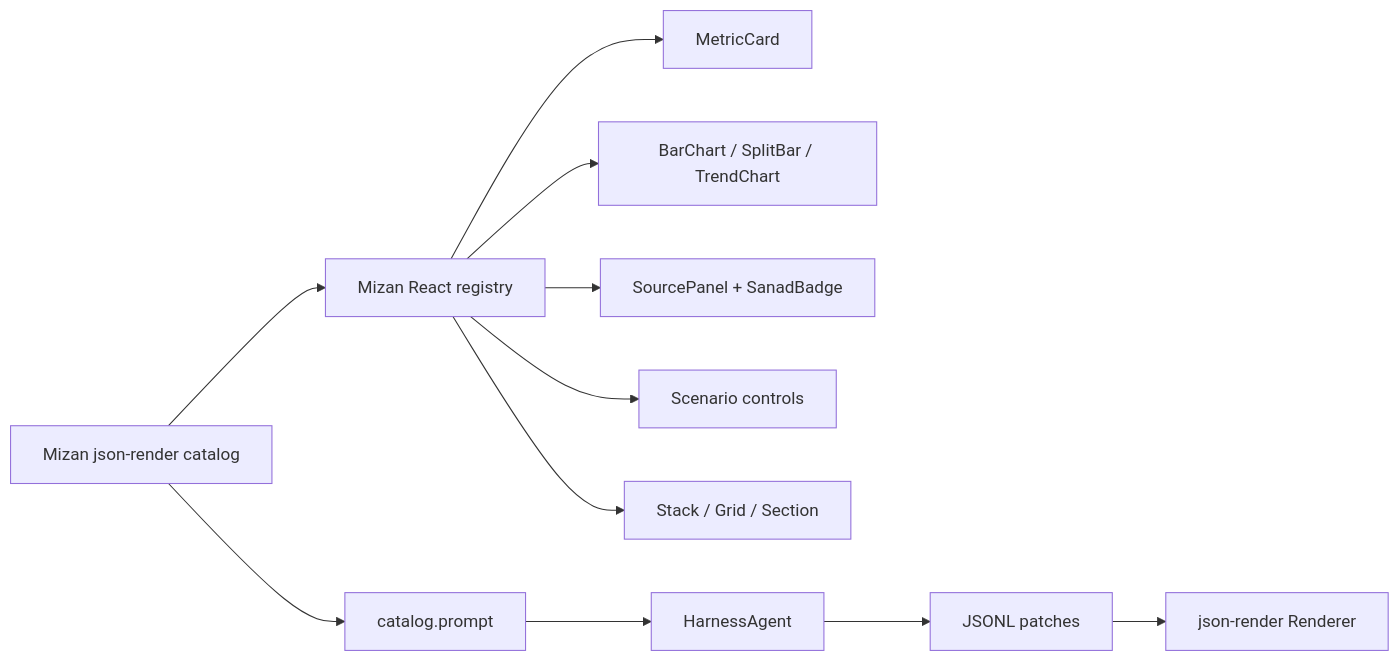
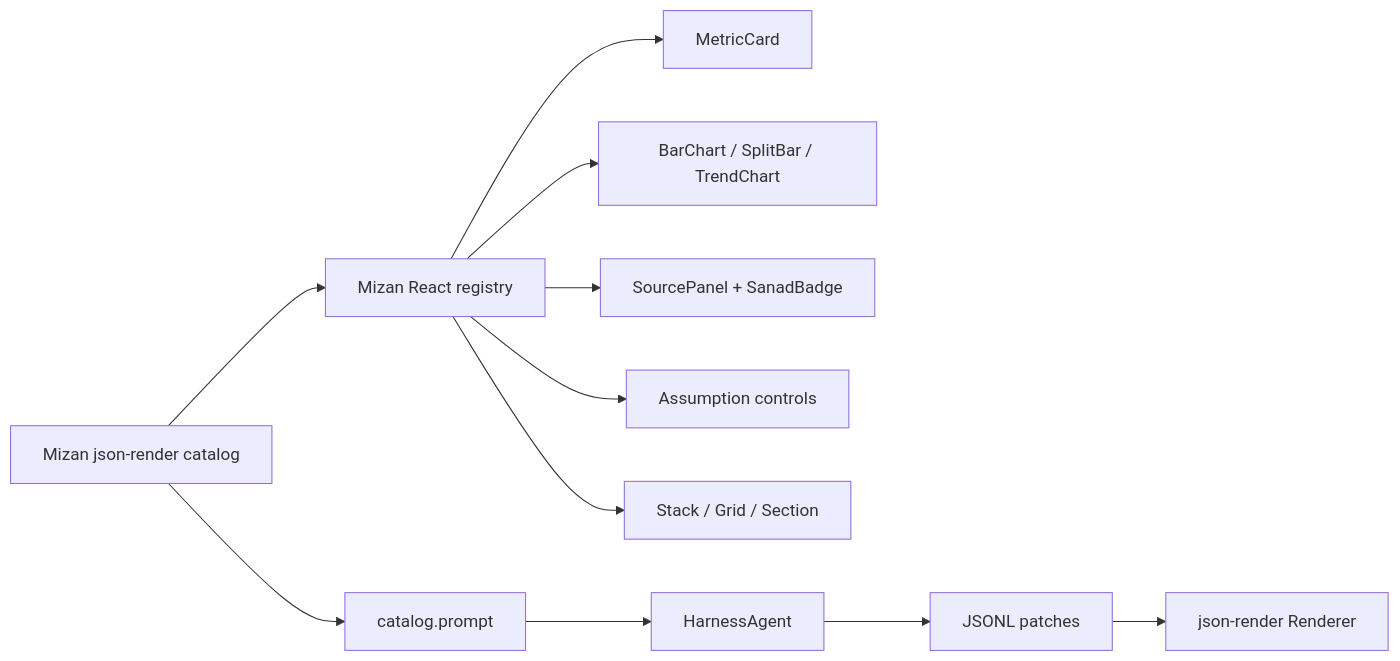
The second of 2 diagrams in docs/generative-ui-harness.md (bokralabs/mizan), drawn with Mermaid before and after one commit. The commit also changed 14 other files, not shown here.

First line of the commit message:
fix: harden release and generative chat flow

````diff
--- a/docs/generative-ui-harness.md
+++ b/docs/generative-ui-harness.md
@@ -60,14 +60,14 @@
 ```mermaid
 flowchart LR
   Catalog[Mizan json-render catalog] --> Registry[Mizan React registry]
   Registry --> Cards[MetricCard]
   Registry --> Charts[BarChart / SplitBar / TrendChart]
   Registry --> Sources[SourcePanel + SanadBadge]
-  Registry --> Forms[Scenario controls]
+  Registry --> Forms[Assumption controls]
   Registry --> Layout[Stack / Grid / Section]
 
   Catalog --> Prompt[catalog.prompt]
   Prompt --> Harness[HarnessAgent]
   Harness --> JsonPatches[JSONL patches]
   JsonPatches --> Renderer[json-render Renderer]
 ```
````
